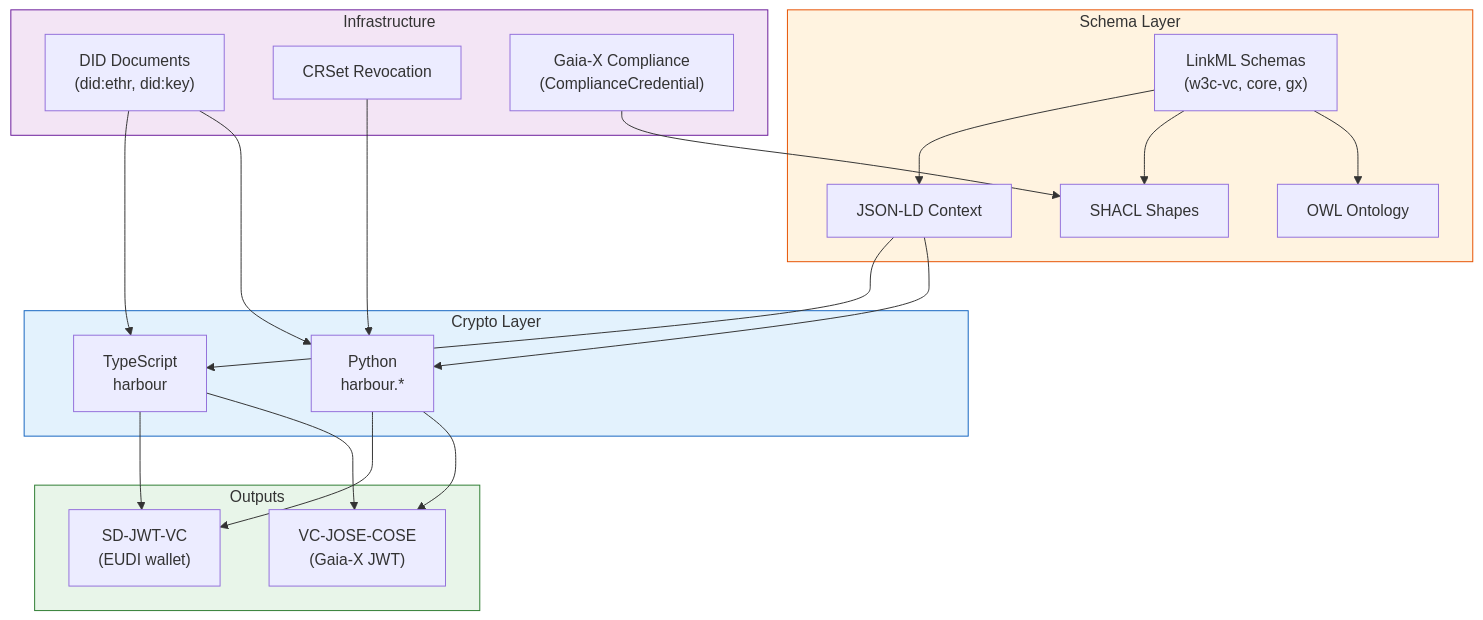
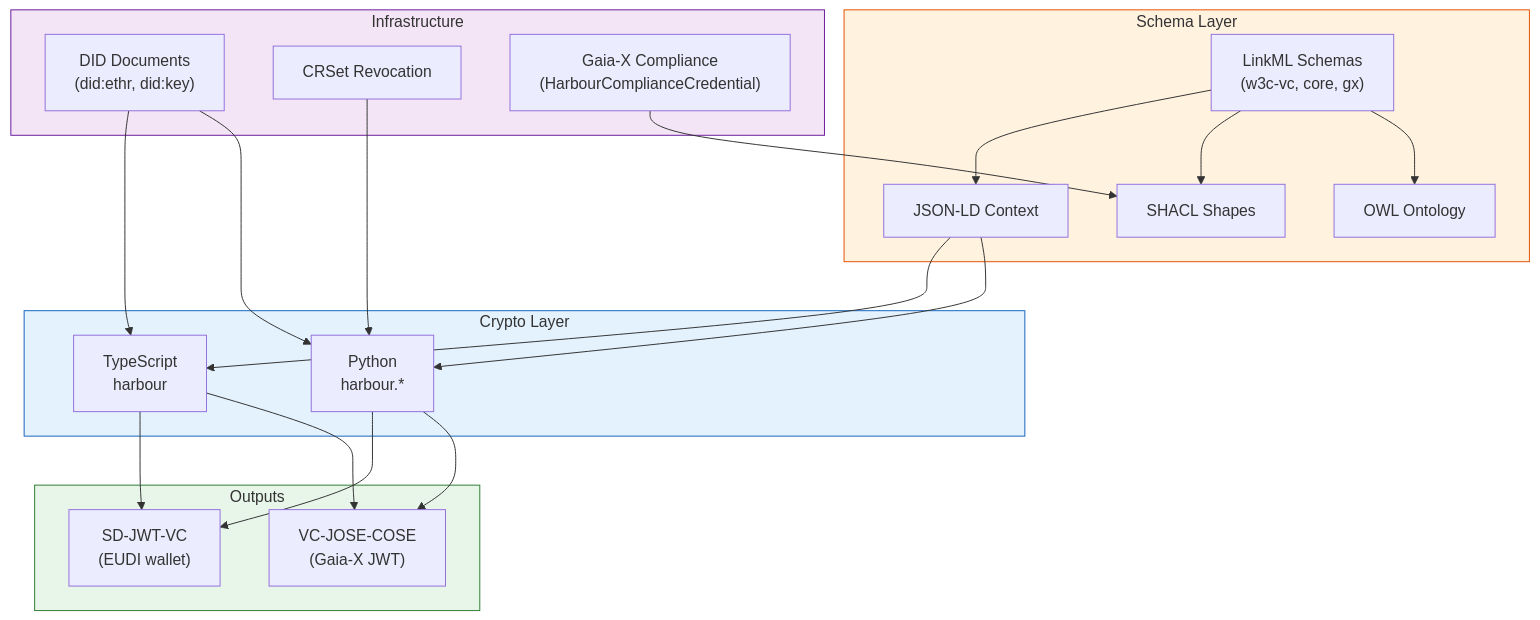
Before and after one commit to reachhaven/harbour-credentials: the first of 2 diagrams in docs/architecture.md, drawn with Mermaid. The commit also changed 41 other files, not shown here.

````diff
--- a/docs/architecture.md
+++ b/docs/architecture.md
@@ -15,38 +15,38 @@
 ```mermaid
 flowchart TB
     subgraph schema["Schema Layer"]
         LM["LinkML Schemas<br/>(w3c-vc, core, gx)"]
         OWL["OWL Ontology"]
         SHACL["SHACL Shapes"]
         CTX["JSON-LD Context"]
     end
 
     subgraph crypto["Crypto Layer"]
         PY["Python<br/>harbour.*"]
         TS["TypeScript<br/>harbour"]
     end
 
     subgraph infra["Infrastructure"]
         DID["DID Documents<br/>(did:ethr, did:key)"]
         CRSET["CRSet Revocation"]
-        GX["Gaia-X Compliance<br/>(ComplianceCredential)"]
+        GX["Gaia-X Compliance<br/>(HarbourComplianceCredential)"]
     end
 
     subgraph output["Outputs"]
         JOSE["VC-JOSE-COSE<br/>(Gaia-X JWT)"]
         SDJWT["SD-JWT-VC<br/>(EUDI wallet)"]
     end
 
     LM --> OWL & SHACL & CTX
     CTX --> PY & TS
     PY --> JOSE & SDJWT
     TS --> JOSE & SDJWT
     DID --> PY & TS
     CRSET --> PY
     GX --> SHACL
 
     style schema fill:#fff3e0,stroke:#e65100
     style crypto fill:#e3f2fd,stroke:#1565c0
     style infra fill:#f3e5f5,stroke:#6a1b9a
     style output fill:#e8f5e9,stroke:#2e7d32
 ```
````
